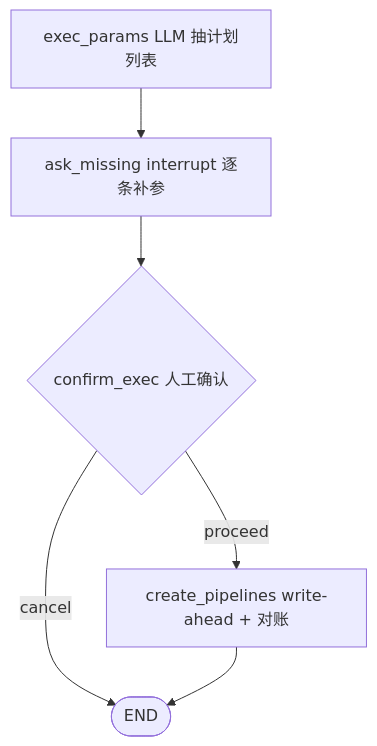
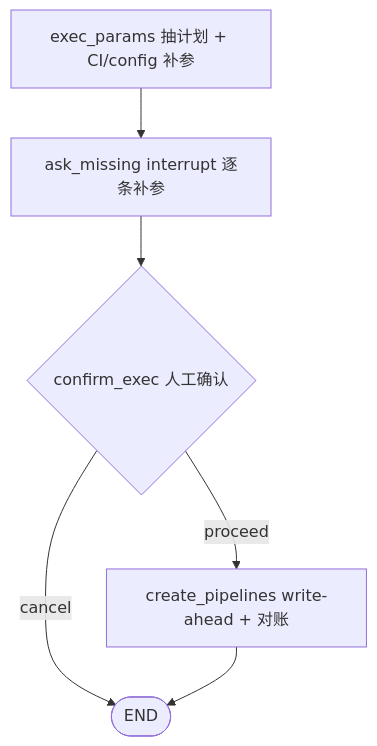
One commit to LuukkaToT/work_agent changed the second of 3 diagrams in docs/interview-guide.md. Above: the diagram before and after it, drawn with Mermaid. The commit also changed other lines of this file and 11 other files, not shown here.

````diff
--- a/docs/interview-guide.md
+++ b/docs/interview-guide.md
@@ -96,8 +96,8 @@
 ```mermaid
 flowchart TD
-  P["exec_params LLM 抽计划列表"] --> A["ask_missing interrupt 逐条补参"]
+  P["exec_params 抽计划 + CI/config 补参"] --> A["ask_missing interrupt 逐条补参"]
   A --> C{"confirm_exec 人工确认"}
   C -->|"cancel"| E(["END"])
   C -->|"proceed"| CR["create_pipelines write-ahead + 对账"]
   CR --> E
 ```
````
